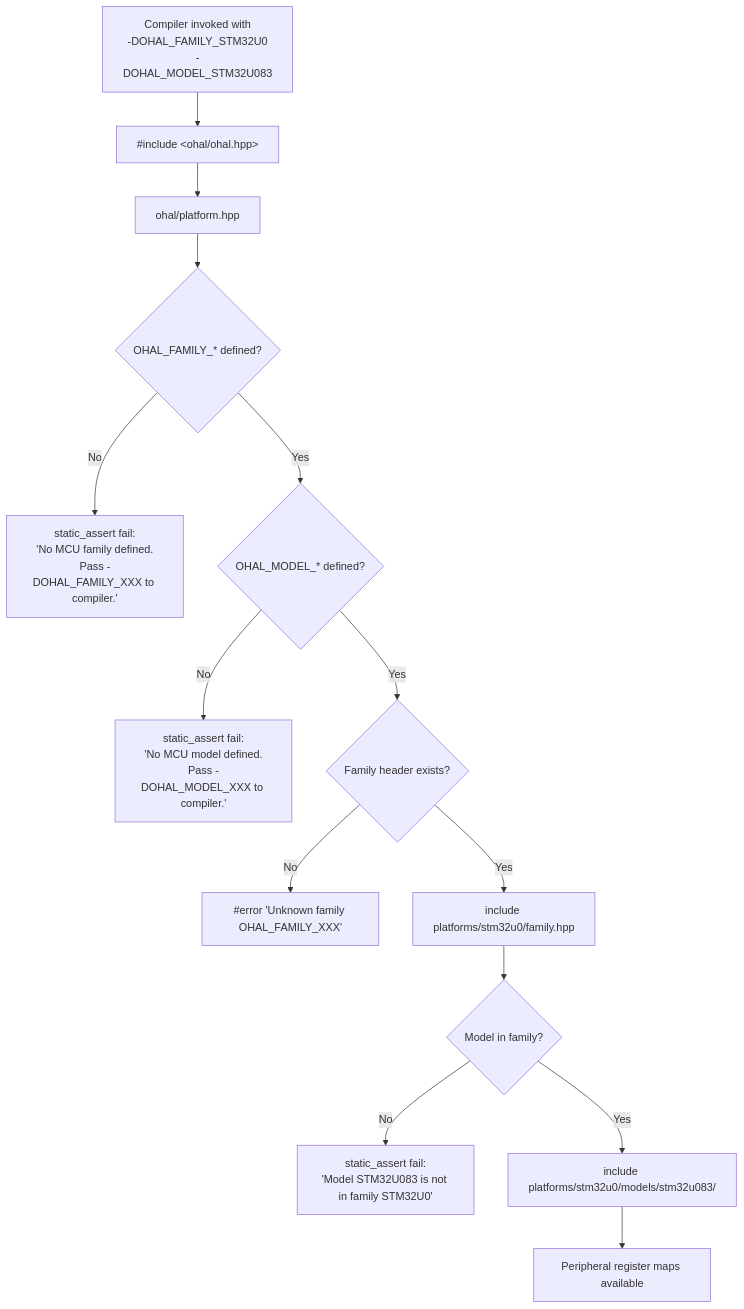
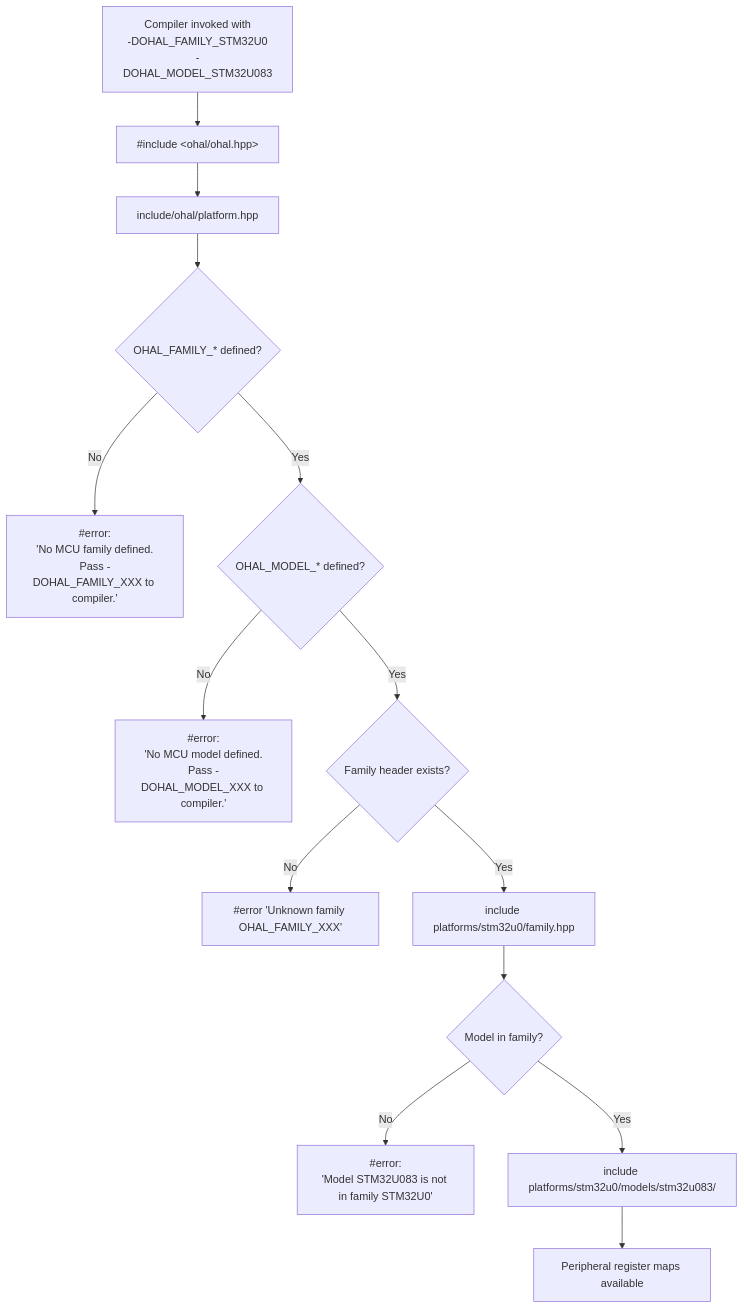
One commit to grahame-org/ohal changed the third of 12 diagrams in docs/plan.md. Above: the diagram before and after it, drawn with Mermaid. The commit also changed other lines of this file and 10 other files, not shown here.

````diff
--- a/docs/plan.md
+++ b/docs/plan.md
@@ -195,16 +203,16 @@
 ```mermaid
 flowchart TD
     A["Compiler invoked with<br/>-DOHAL_FAMILY_STM32U0<br/>-DOHAL_MODEL_STM32U083"] --> B["#include &lt;ohal/ohal.hpp&gt;"]
-    B --> C["ohal/platform.hpp"]
+    B --> C["include/ohal/platform.hpp"]
     C --> D{OHAL_FAMILY_* defined?}
-    D -- No --> E["static_assert fail:<br/>'No MCU family defined.<br/>Pass -DOHAL_FAMILY_XXX to compiler.'"]
+    D -- No --> E["#error:<br/>'No MCU family defined.<br/>Pass -DOHAL_FAMILY_XXX to compiler.'"]
     D -- Yes --> F{OHAL_MODEL_* defined?}
-    F -- No --> G["static_assert fail:<br/>'No MCU model defined.<br/>Pass -DOHAL_MODEL_XXX to compiler.'"]
+    F -- No --> G["#error:<br/>'No MCU model defined.<br/>Pass -DOHAL_MODEL_XXX to compiler.'"]
     F -- Yes --> H{Family header exists?}
     H -- No --> I["#error 'Unknown family OHAL_FAMILY_XXX'"]
     H -- Yes --> J["include platforms/stm32u0/family.hpp"]
     J --> K{Model in family?}
-    K -- No --> L["static_assert fail:<br/>'Model STM32U083 is not in family STM32U0'"]
+    K -- No --> L["#error:<br/>'Model STM32U083 is not in family STM32U0'"]
     K -- Yes --> M["include platforms/stm32u0/models/stm32u083/"]
     M --> N["Peripheral register maps available"]
 ```
````
